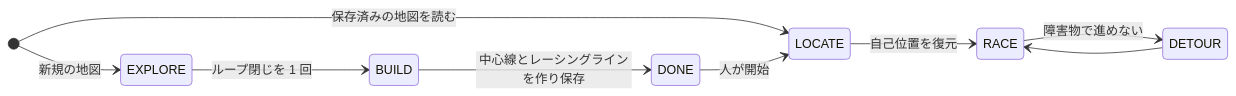
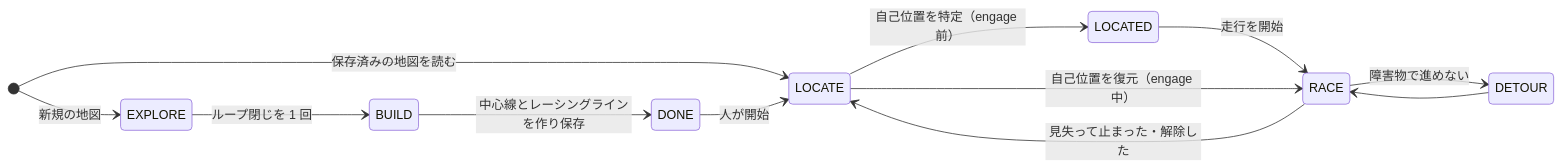
The second of 2 diagrams in docs/autonomy/mapping.md (banbatakumi/surge-mk2), drawn with Mermaid before and after one commit. The commit also changed other lines of this file and 5 other files, not shown here.

````diff
--- a/docs/autonomy/mapping.md
+++ b/docs/autonomy/mapping.md
@@ -101,12 +116,15 @@
 ```mermaid
 stateDiagram-v2
     direction LR
     [*] --> EXPLORE: 新規の地図
     [*] --> LOCATE: 保存済みの地図を読む
     EXPLORE --> BUILD: ループ閉じを 1 回
     BUILD --> DONE: 中心線とレーシングラインを作り保存
     DONE --> LOCATE: 人が開始
-    LOCATE --> RACE: 自己位置を復元
+    LOCATE --> LOCATED: 自己位置を特定（engage 前）
+    LOCATED --> RACE: 走行を開始
+    LOCATE --> RACE: 自己位置を復元（engage 中）
     RACE --> DETOUR: 障害物で進めない
     DETOUR --> RACE
+    RACE --> LOCATE: 見失って止まった・解除した
 ```
````
